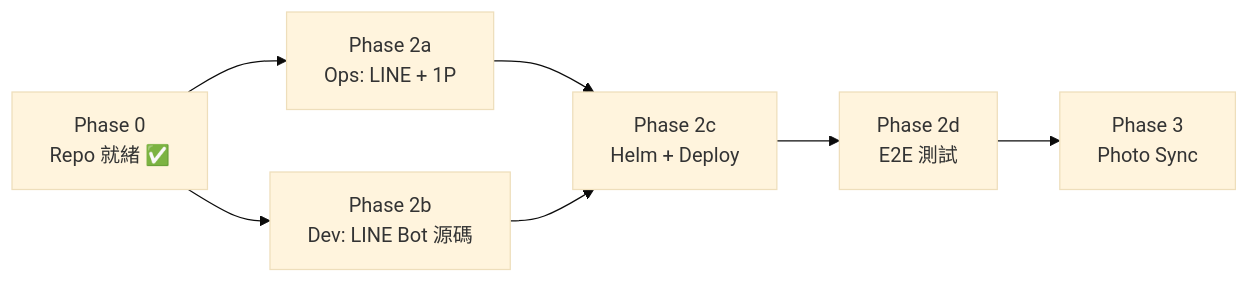
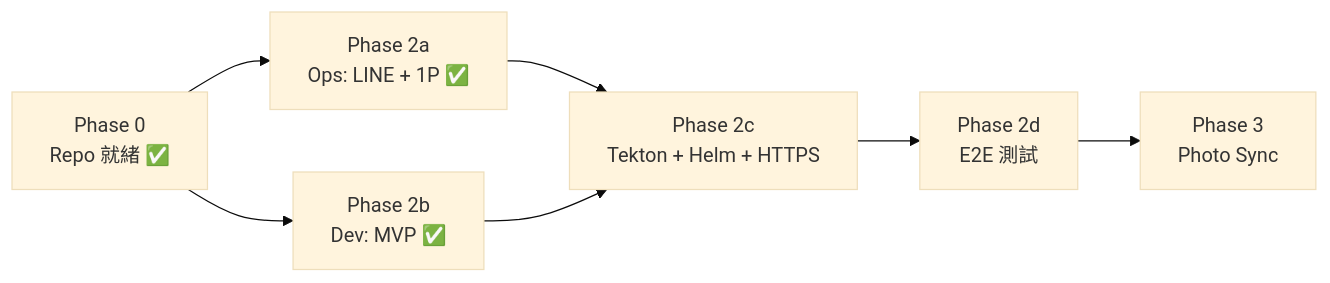
The diagram in docs/HOW_TO_PROCEED.md (dejavux/immich-apps), drawn with Mermaid (base theme) before and after one commit. The commit also changed other lines of this file and 26 other files, not shown here.

First line of the commit message:
feat(phase2): 建立 LINE Bot Helm 部署骨架與 lint/release 開發流程

````diff
--- a/docs/HOW_TO_PROCEED.md
+++ b/docs/HOW_TO_PROCEED.md
@@ -34,9 +37,9 @@
 ```mermaid
 graph LR
-    A[Phase 0<br/>Repo 就緒 ✅] --> B[Phase 2a<br/>Ops: LINE + 1P]
-    A --> C[Phase 2b<br/>Dev: LINE Bot 源碼]
-    B --> D[Phase 2c<br/>Helm + Deploy]
+    A[Phase 0<br/>Repo 就緒 ✅] --> B[Phase 2a<br/>Ops: LINE + 1P ✅]
+    A --> C[Phase 2b<br/>Dev: MVP ✅]
+    B --> D[Phase 2c<br/>Tekton + Helm + HTTPS]
     C --> D
     D --> E[Phase 2d<br/>E2E 測試]
     E --> F[Phase 3<br/>Photo Sync]
 ```
````
